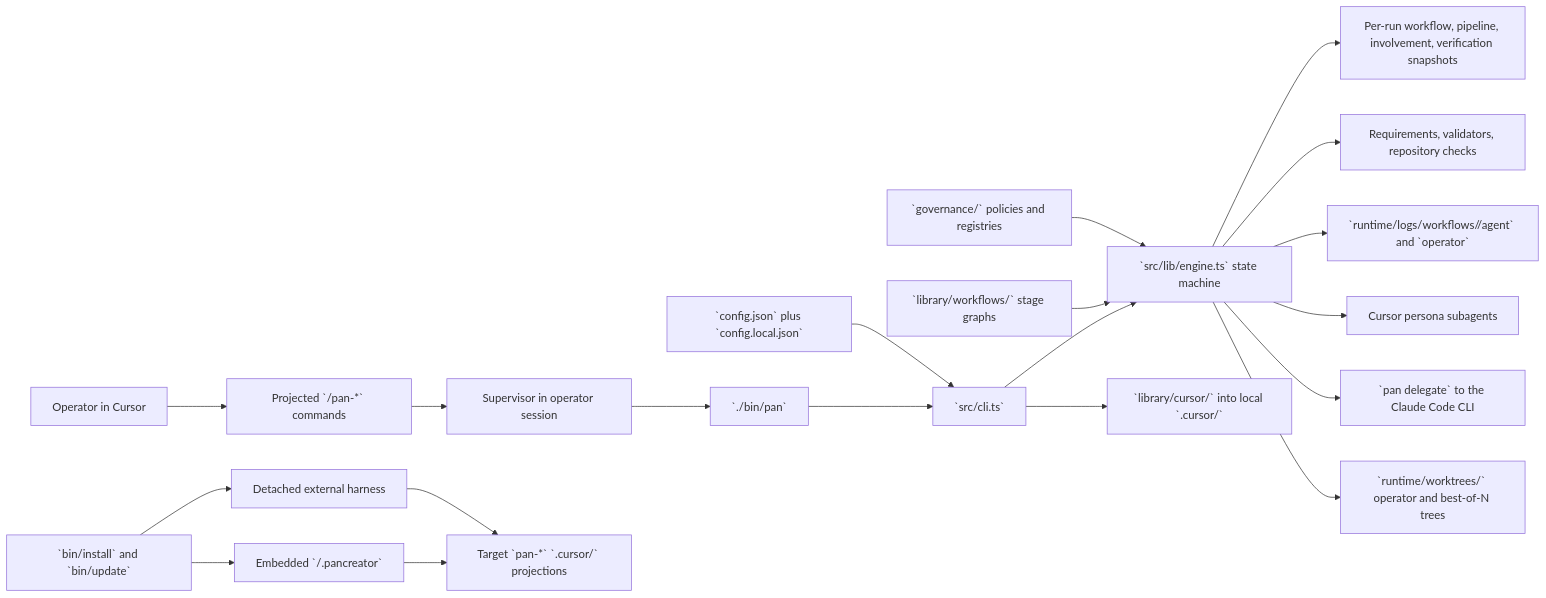
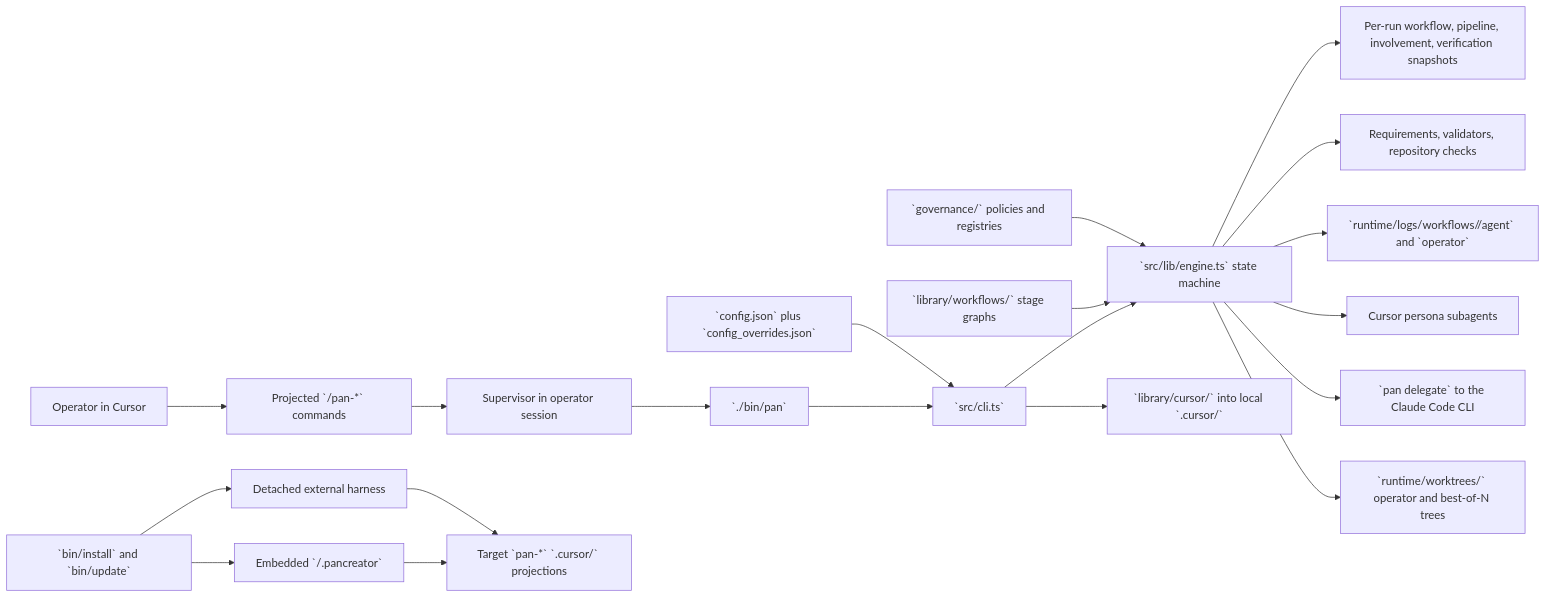
One commit to alenlukic/pancreator changed the diagram in docs/target-repo-primer.md. Above: the diagram before and after it, drawn with Mermaid. The commit also changed other lines of this file and 49 other files, not shown here.

````diff
--- a/docs/target-repo-primer.md
+++ b/docs/target-repo-primer.md
@@ -58,22 +58,22 @@
 ```mermaid
 flowchart LR
   Operator[Operator in Cursor] --> Commands[Projected `/pan-*` commands]
   Commands --> Supervisor[Supervisor in operator session]
   Supervisor --> Pan[`./bin/pan`]
   Pan --> CLI[`src/cli.ts`]
   CLI --> Engine[`src/lib/engine.ts` state machine]
-  Config[`config.json` plus `config.local.json`] --> CLI
+  Config[`config.json` plus `config_overrides.json`] --> CLI
   Workflows[`library/workflows/` stage graphs] --> Engine
   Governance[`governance/` policies and registries] --> Engine
   Engine --> Snapshots[Per-run workflow, pipeline, involvement, verification snapshots]
   Engine --> Requirements[Requirements, validators, repository checks]
   Engine --> Runtime[`runtime/logs/workflows/<run-id>/agent` and `operator`]
   Engine --> CursorWorkers[Cursor persona subagents]
   Engine --> External[`pan delegate` to the Claude Code CLI]
   Engine --> Worktrees[`runtime/worktrees/` operator and best-of-N trees]
   CLI --> Projection[`library/cursor/` into local `.cursor/`]
   Installer[`bin/install` and `bin/update`] --> Embedded[Embedded `<target>/.pancreator`]
   Installer --> Detached[Detached external harness]
   Embedded --> TargetCursor[Target `pan-*` `.cursor/` projections]
   Detached --> TargetCursor
 ```
````
